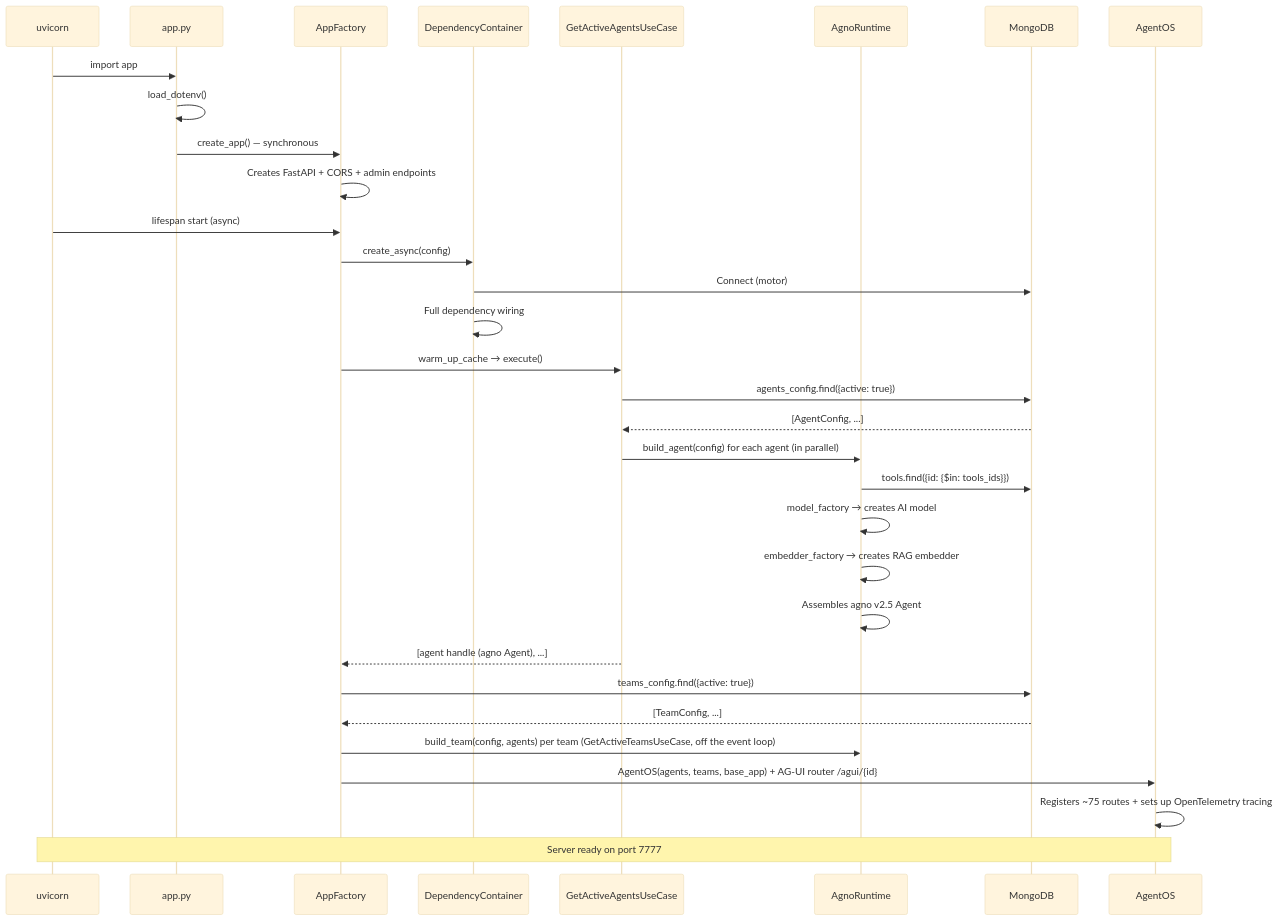
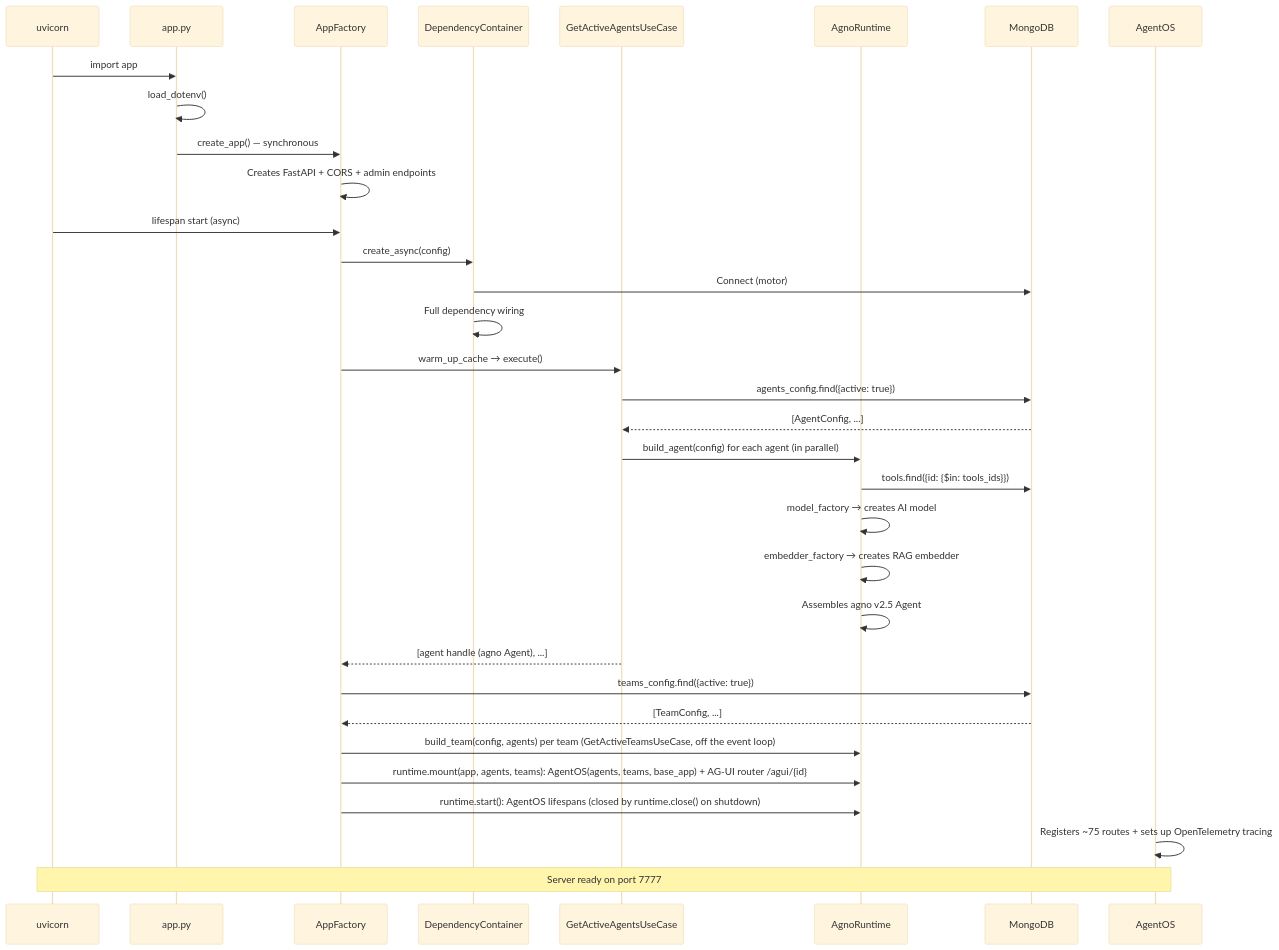
One commit to Mosfet04/orquestradorIAPythonArgo changed the second of 4 diagrams in README.en.md. Above: the diagram before and after it, drawn with Mermaid (base theme). The commit also changed other lines of this file and 40 other files, not shown here.

First line of the commit message:
refactor(runtime): ciclo de vida do AgentOS no AgnoRuntime [F2-05]

````diff
--- a/README.en.md
+++ b/README.en.md
@@ -385,35 +385,36 @@
 ```mermaid
 sequenceDiagram
     participant U as uvicorn
     participant A as app.py
     participant F as AppFactory
     participant DI as DependencyContainer
     participant UC as GetActiveAgentsUseCase
     participant AF as AgnoRuntime
     participant MDB as MongoDB
     participant OS as AgentOS
 
     U->>A: import app
     A->>A: load_dotenv()
     A->>F: create_app() — synchronous
     F->>F: Creates FastAPI + CORS + admin endpoints
     U->>F: lifespan start (async)
     F->>DI: create_async(config)
     DI->>MDB: Connect (motor)
     DI->>DI: Full dependency wiring
     F->>UC: warm_up_cache → execute()
     UC->>MDB: agents_config.find({active: true})
     MDB-->>UC: [AgentConfig, ...]
     UC->>AF: build_agent(config) for each agent (in parallel)
     AF->>MDB: tools.find({id: {$in: tools_ids}})
     AF->>AF: model_factory → creates AI model
     AF->>AF: embedder_factory → creates RAG embedder
     AF->>AF: Assembles agno v2.5 Agent
     UC-->>F: [agent handle (agno Agent), ...]
     F->>MDB: teams_config.find({active: true})
     MDB-->>F: [TeamConfig, ...]
     F->>AF: build_team(config, agents) per team (GetActiveTeamsUseCase, off the event loop)
-    F->>OS: AgentOS(agents, teams, base_app) + AG-UI router /agui/{id}
+    F->>AF: runtime.mount(app, agents, teams): AgentOS(agents, teams, base_app) + AG-UI router /agui/{id}
+    F->>AF: runtime.start(): AgentOS lifespans (closed by runtime.close() on shutdown)
     OS->>OS: Registers ~75 routes + sets up OpenTelemetry tracing
     Note over U,OS: Server ready on port 7777
 ```
````
